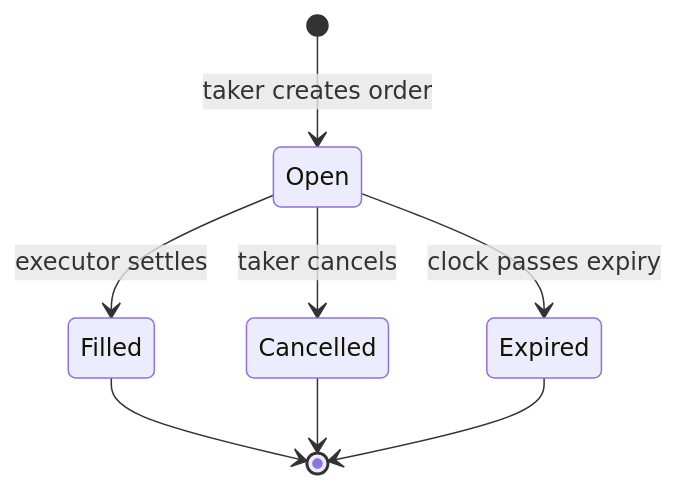
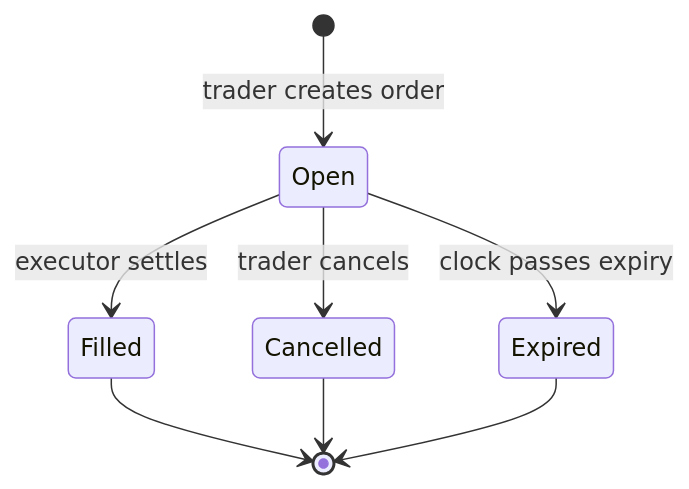
Before and after one commit to xfajarr/SUIJIN: the fourth of 4 diagrams in README.md, drawn with Mermaid. The commit also changed other lines of this file and 1 other file, not shown here.

Commit message:
docs(readme): logo, provider/trader wording, broader problem statement

````diff
--- a/README.md
+++ b/README.md
@@ -115,10 +141,10 @@
 ```mermaid
 stateDiagram-v2
-    [*] --> Open: taker creates order
+    [*] --> Open: trader creates order
     Open --> Filled: executor settles
-    Open --> Cancelled: taker cancels
+    Open --> Cancelled: trader cancels
     Open --> Expired: clock passes expiry
     Filled --> [*]
     Cancelled --> [*]
     Expired --> [*]
 ```
````
